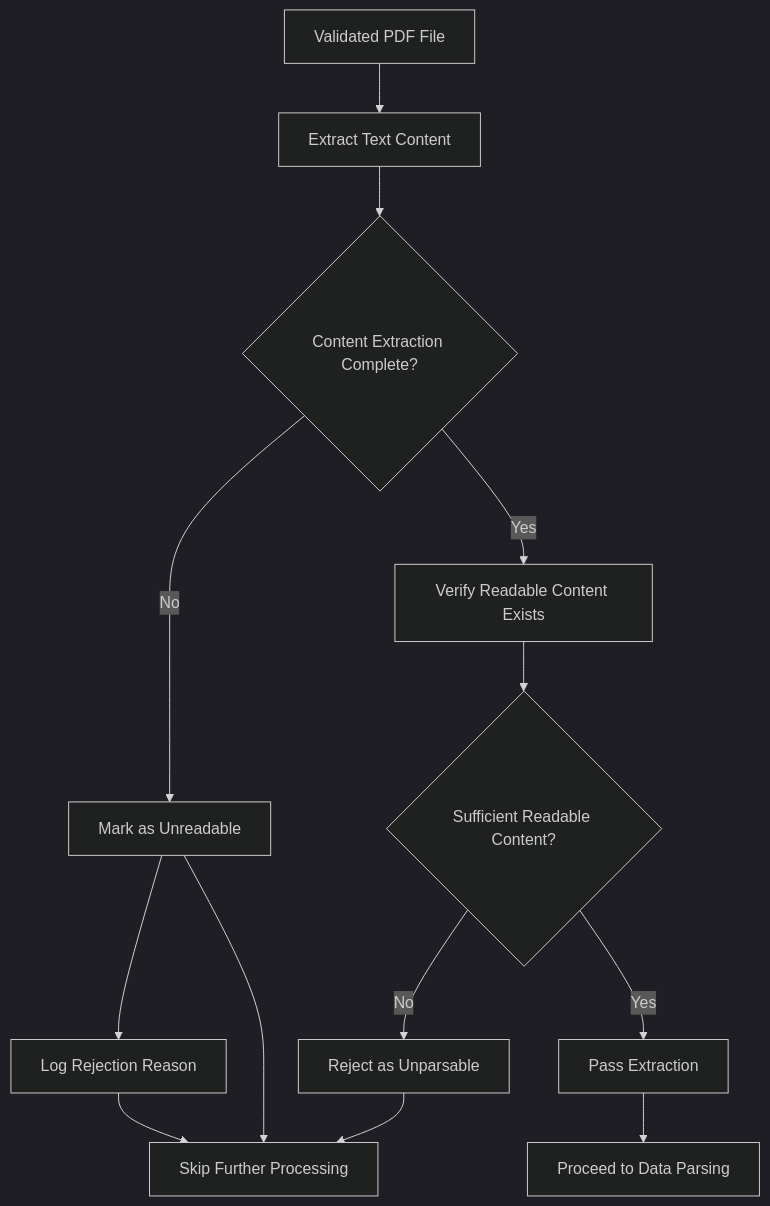
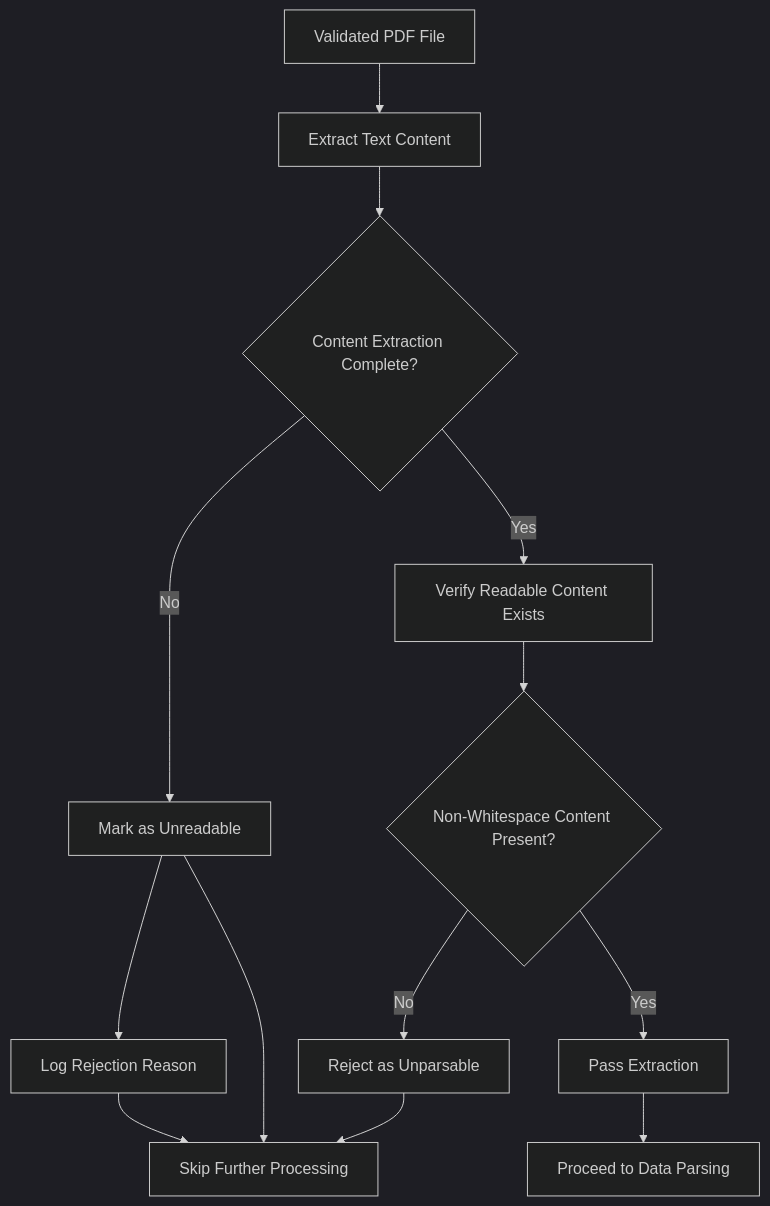
Before and after one commit to DelgadoArlee/cv-brewer: the diagram in docs/system/resume-processing/processes/5-pdf-extraction.md, drawn with Mermaid (dark theme). The commit also changed other lines of this file and 184 other files, not shown here.

````diff
--- a/docs/system/resume-processing/processes/5-pdf-extraction.md
+++ b/docs/system/resume-processing/processes/5-pdf-extraction.md
@@ -9,15 +9,15 @@
 ```mermaid
 flowchart TD
     A[Validated PDF File] --> B[Extract Text Content]
     B --> C{Content Extraction Complete?}
     C -->|No| D[Mark as Unreadable]
     D --> E[Log Rejection Reason]
     E --> F[Skip Further Processing]
     C -->|Yes| G[Verify Readable Content Exists]
-    G --> H{Sufficient Readable Content?}
+    G --> H{Non-Whitespace Content Present?}
     H -->|No| I[Reject as Unparsable]
     H -->|Yes| J[Pass Extraction]
     I --> F
     D --> F
     J --> K[Proceed to Data Parsing]
 ```
````
